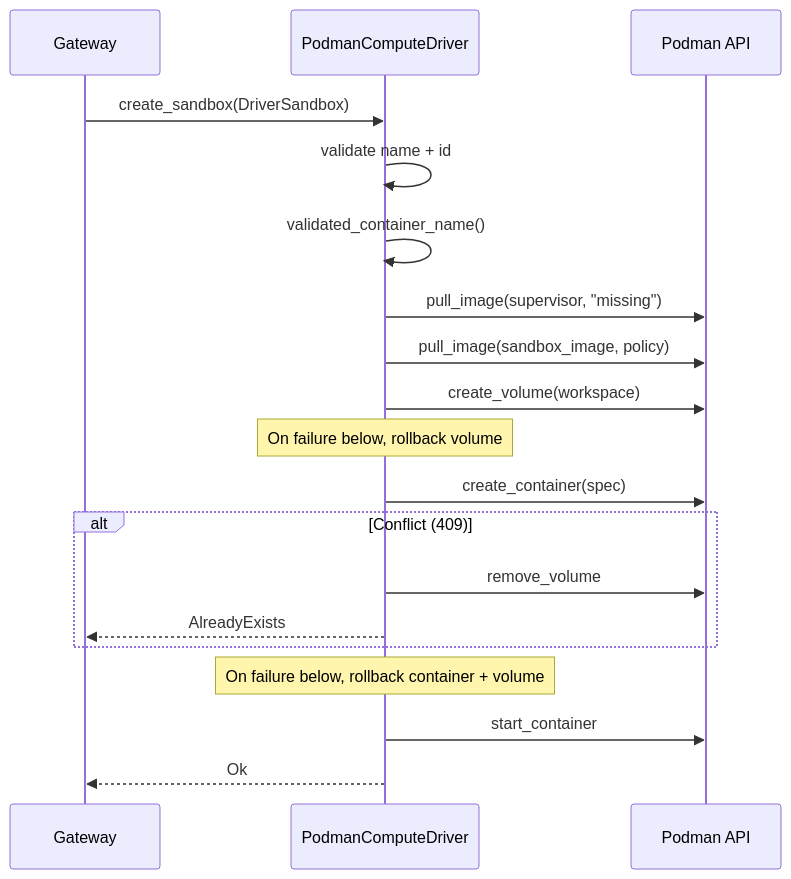
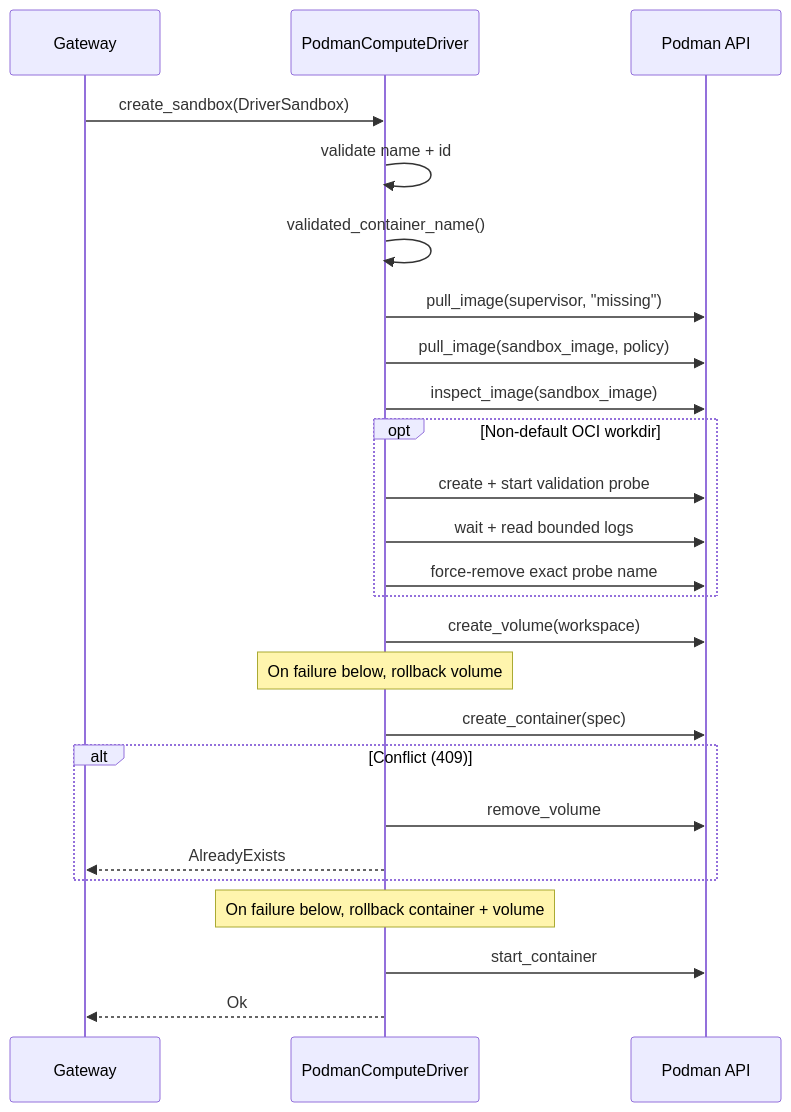
One commit to NVIDIA/OpenShell changed the fourth of 4 diagrams in crates/openshell-driver-podman/README.md. Above: the diagram before and after it, drawn with Mermaid. The commit also changed other lines of this file and 9 other files, not shown here.

````diff
--- a/crates/openshell-driver-podman/README.md
+++ b/crates/openshell-driver-podman/README.md
@@ -295,26 +297,33 @@
 ```mermaid
 sequenceDiagram
     participant GW as Gateway
     participant D as PodmanComputeDriver
     participant P as Podman API
 
     GW->>D: create_sandbox(DriverSandbox)
     D->>D: validate name + id
     D->>D: validated_container_name()
 
     D->>P: pull_image(supervisor, "missing")
     D->>P: pull_image(sandbox_image, policy)
+    D->>P: inspect_image(sandbox_image)
+
+    opt Non-default OCI workdir
+        D->>P: create + start validation probe
+        D->>P: wait + read bounded logs
+        D->>P: force-remove exact probe name
+    end
 
     D->>P: create_volume(workspace)
     Note over D: On failure below, rollback volume
 
     D->>P: create_container(spec)
     alt Conflict (409)
         D->>P: remove_volume
         D-->>GW: AlreadyExists
     end
     Note over D: On failure below, rollback container + volume
 
     D->>P: start_container
     D-->>GW: Ok
 ```
````
